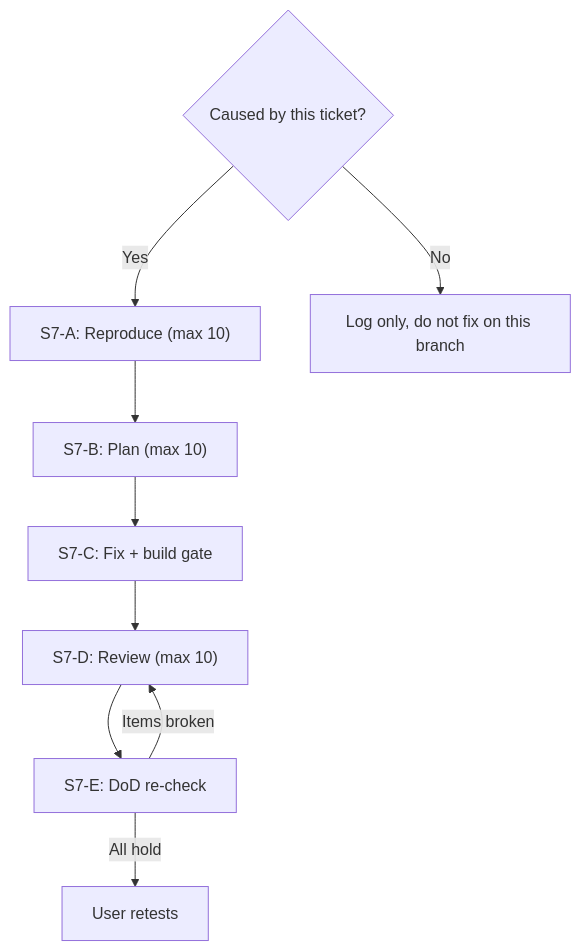
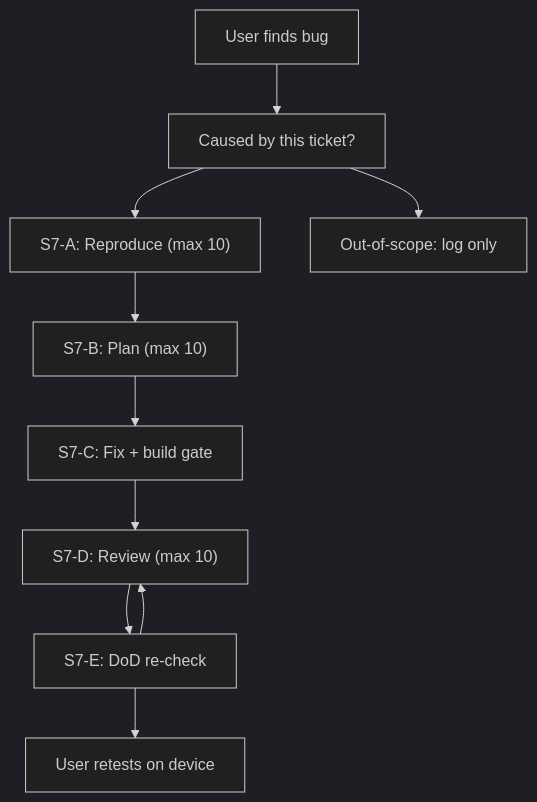
The fourth of 5 diagrams in docs/AGENTIC_PIPELINE_CLAUDE.md (Nayeem170/KoThok), drawn with Mermaid before and after one commit. The commit also changed other lines of this file and 1 other file, not shown here.

First line of the commit message:
docs: rewrite pipeline diagrams for dark mode readability

````diff
--- a/docs/AGENTIC_PIPELINE_CLAUDE.md
+++ b/docs/AGENTIC_PIPELINE_CLAUDE.md
@@ -185,12 +262,13 @@
 ```mermaid
+%%{init: {'theme': 'dark'}}%%
 flowchart TD
-    CLASSIFY{"Caused by this ticket?"}
-    CLASSIFY -- Yes --> S7A["S7-A: Reproduce (max 10)"]
-    CLASSIFY -- No --> LOG["Log only, do not fix on this branch"]
-    S7A --> S7B2["S7-B: Plan (max 10)"]
-    S7B2 --> S7C["S7-C: Fix + build gate"]
-    S7C --> S7D["S7-D: Review (max 10)"]
-    S7D --> S7E["S7-E: DoD re-check"]
-    S7E --> |"Items broken"| S7D
-    S7E --> |"All hold"| RETEST["User retests"]
+    BUG["User finds bug"] --> CLS["Caused by this ticket?"]
+    CLS --> A["S7-A: Reproduce (max 10)"]
+    CLS --> LOG["Out-of-scope: log only"]
+    A --> B["S7-B: Plan (max 10)"]
+    B --> C["S7-C: Fix + build gate"]
+    C --> D["S7-D: Review (max 10)"]
+    D --> E["S7-E: DoD re-check"]
+    E --> D
+    E --> RETEST["User retests on device"]
 ```
````
